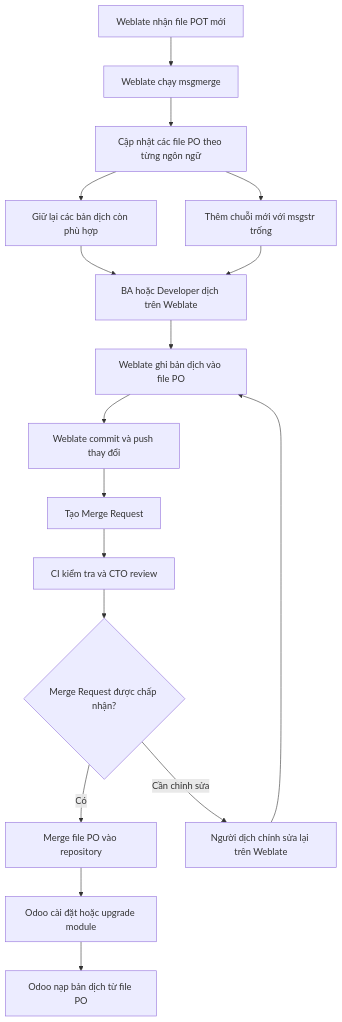
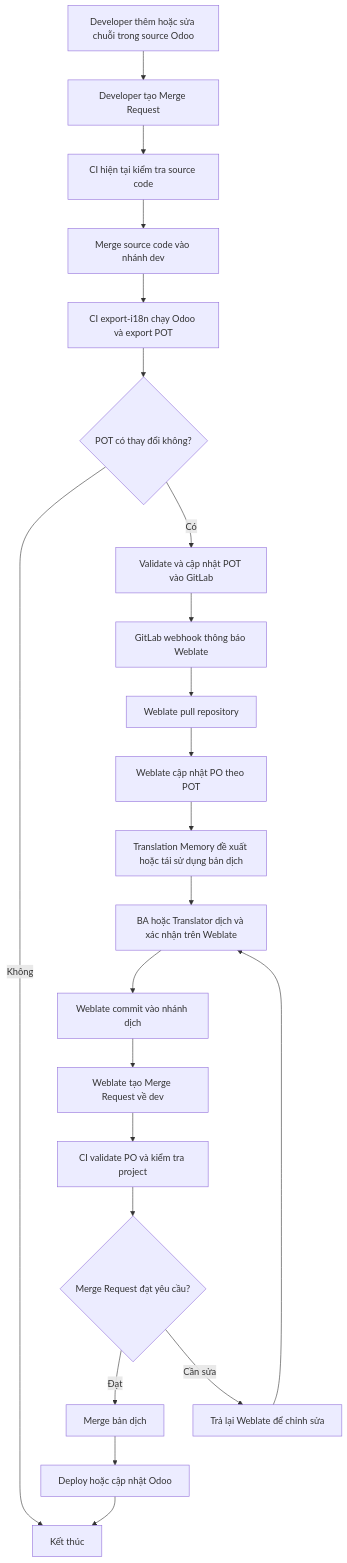
The first of 4 diagrams in weblate/README.md (linh404/VDX-intern), drawn with Mermaid before and after one commit. The commit also changed other lines of this file, not shown here.

````diff
--- a/weblate/README.md
+++ b/weblate/README.md
@@ -120,35 +59,45 @@
 ```mermaid
 flowchart TD
-    A[Weblate nhận file POT mới]
-    B[Weblate chạy msgmerge]
-    C[Cập nhật các file PO theo từng ngôn ngữ]
-    D[Giữ lại các bản dịch còn phù hợp]
-    E[Thêm chuỗi mới với msgstr trống]
-    F[BA hoặc Developer dịch trên Weblate]
-    G[Weblate ghi bản dịch vào file PO]
-    H[Weblate commit và push thay đổi]
-    I[Tạo Merge Request]
-    J[CI kiểm tra và CTO review]
-    K{Merge Request được chấp nhận?}
-    L[Merge file PO vào repository]
-    M[Odoo cài đặt hoặc upgrade module]
-    N[Odoo nạp bản dịch từ file PO]
-    O[Người dịch chỉnh sửa lại trên Weblate]
+    A[Developer thêm hoặc sửa chuỗi trong source Odoo]
+    B[Developer tạo Merge Request]
+    C[CI hiện tại kiểm tra source code]
+    D[Merge source code vào nhánh dev]
+    E[CI export-i18n chạy Odoo và export POT]
+    F{POT có thay đổi không?}
+    G[Validate và cập nhật POT vào GitLab]
+    H[GitLab webhook thông báo Weblate]
+    I[Weblate pull repository]
+    J[Weblate cập nhật PO theo POT]
+    K[Translation Memory đề xuất hoặc tái sử dụng bản dịch]
+    L[BA hoặc Translator dịch và xác nhận trên Weblate]
+    M[Weblate commit vào nhánh dịch]
+    N[Weblate tạo Merge Request về dev]
+    O[CI validate PO và kiểm tra project]
+    P{Merge Request đạt yêu cầu?}
+    Q[Merge bản dịch]
+    R[Deploy hoặc cập nhật Odoo]
+    S[Kết thúc]
+    T[Trả lại Weblate để chỉnh sửa]
 
     A --> B
     B --> C
     C --> D
-    C --> E
-    D --> F
+    D --> E
     E --> F
-    F --> G
+    F -- Không --> S
+    F -- Có --> G
     G --> H
     H --> I
     I --> J
     J --> K
-    K -- Có --> L
-    K -- Cần chỉnh sửa --> O
-    O --> G
+    K --> L
     L --> M
     M --> N
+    N --> O
+    O --> P
+    P -- Đạt --> Q
+    Q --> R
+    R --> S
+    P -- Cần sửa --> T
+    T --> L
 ```
````
